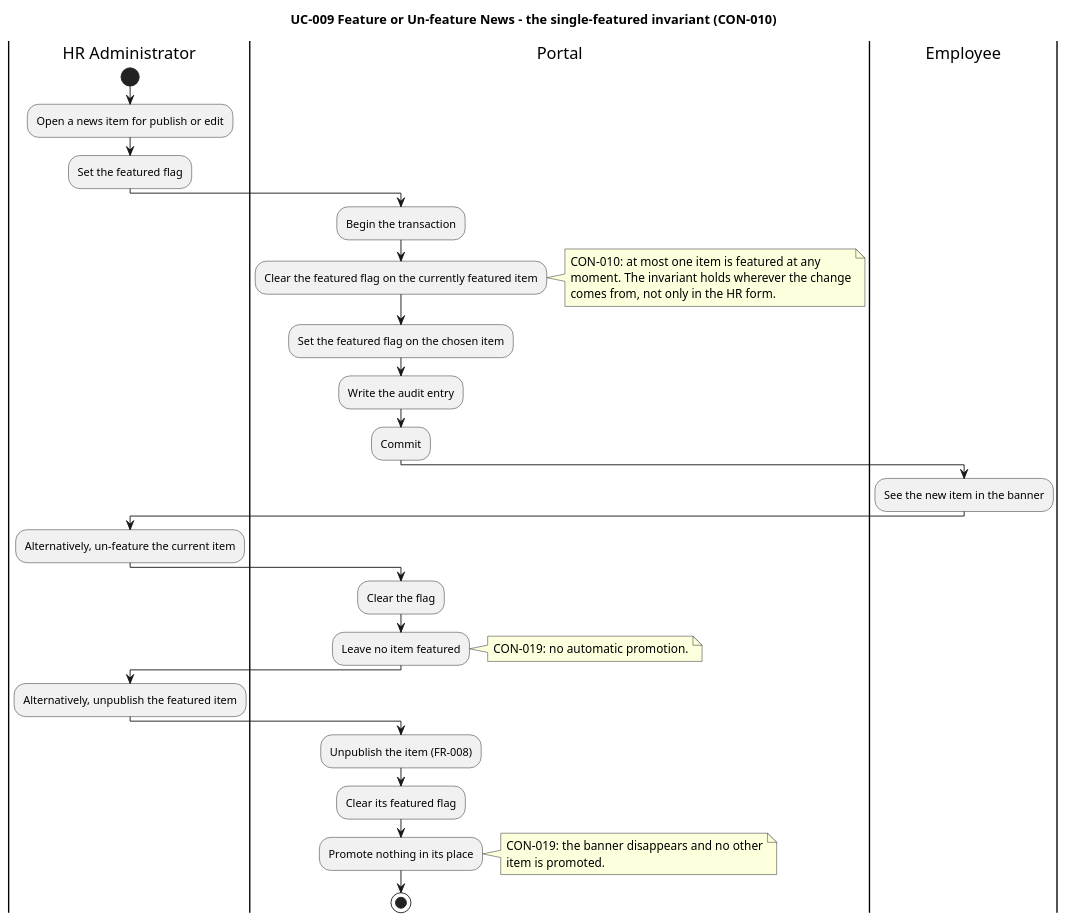
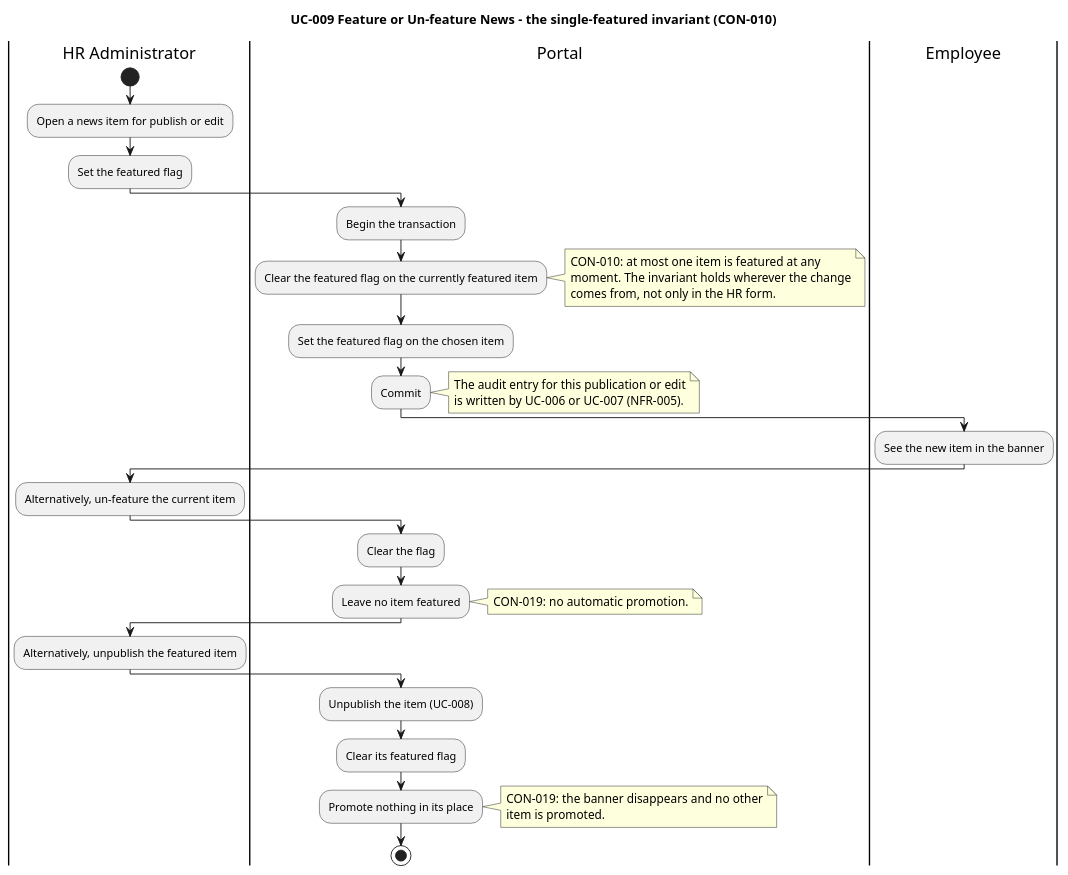
Before and after one commit to banense-test/portal: the fifth of 6 diagrams in docs/artifacts/requirements/use-case-model.md, drawn with PlantUML. The commit also changed other lines of this file, not shown here.

````diff
--- a/docs/artifacts/requirements/use-case-model.md
+++ b/docs/artifacts/requirements/use-case-model.md
@@ -351,46 +460,49 @@
 ```plantuml
 @startuml
 title UC-009 Feature or Un-feature News - the single-featured invariant (CON-010)
 
 |HR Administrator|
 start
 :Open a news item for publish or edit;
 :Set the featured flag;
 
 |Portal|
 :Begin the transaction;
 :Clear the featured flag on the currently featured item;
 note right
   CON-010: at most one item is featured at any
   moment. The invariant holds wherever the change
   comes from, not only in the HR form.
 end note
 :Set the featured flag on the chosen item;
-:Write the audit entry;
 :Commit;
+note right
+  The audit entry for this publication or edit
+  is written by UC-006 or UC-007 (NFR-005).
+end note
 
 |Employee|
 :See the new item in the banner;
 
 |HR Administrator|
 :Alternatively, un-feature the current item;
 
 |Portal|
 :Clear the flag;
 :Leave no item featured;
 note right: CON-019: no automatic promotion.
 
 |HR Administrator|
 :Alternatively, unpublish the featured item;
 
 |Portal|
-:Unpublish the item (FR-008);
+:Unpublish the item (UC-008);
 :Clear its featured flag;
 :Promote nothing in its place;
 note right
   CON-019: the banner disappears and no other
   item is promoted.
 end note
 stop
 @enduml
 ```
````
